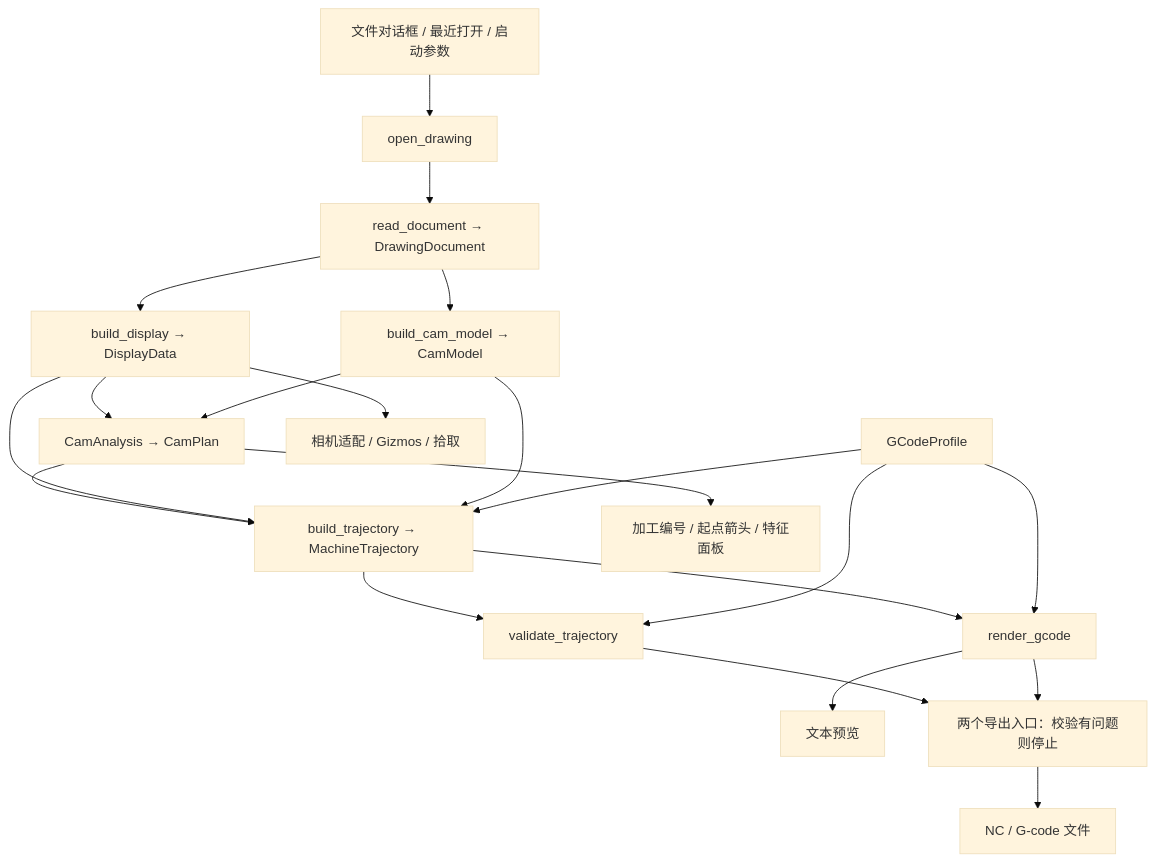
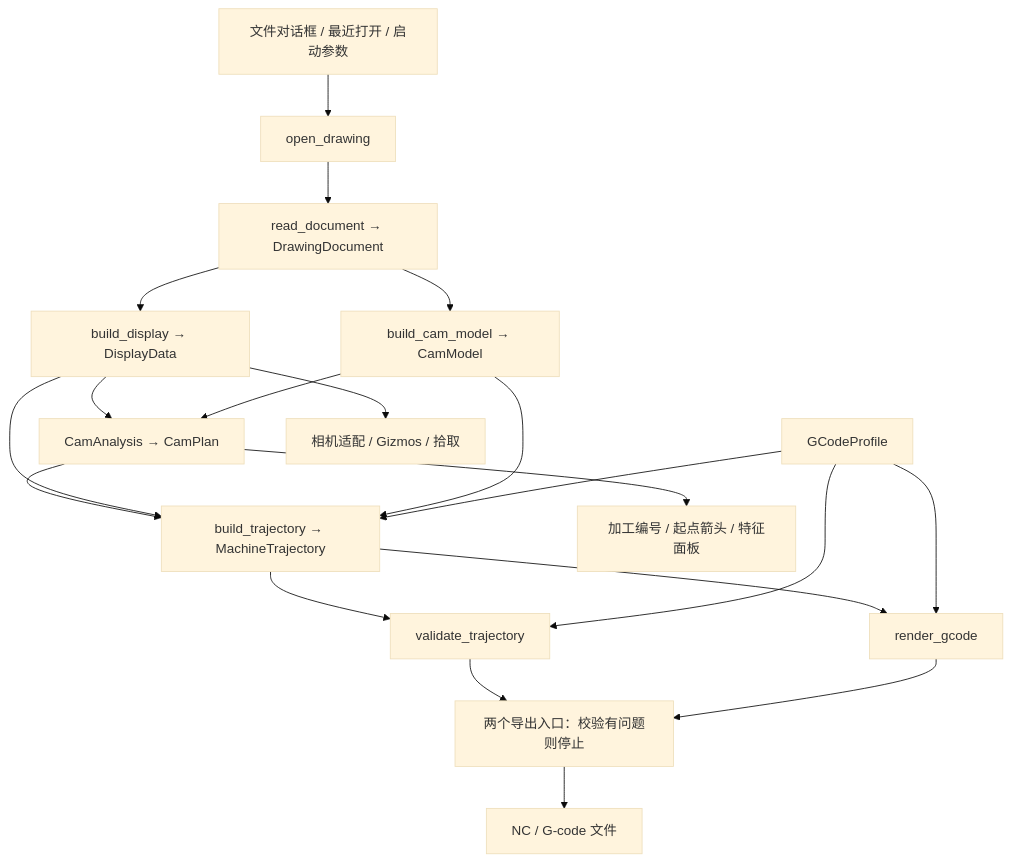
Before and after one commit to ZeroCopy-Labs/CADCAM-Rust: the diagram in docs/架构.md, drawn with Mermaid (base theme). The commit also changed other lines of this file and 8 other files, not shown here.

````diff
--- a/docs/架构.md
+++ b/docs/架构.md
@@ -29,23 +29,22 @@
 ```mermaid
 flowchart TD
     A[文件对话框 / 最近打开 / 启动参数] --> B[open_drawing]
     B --> C[read_document → DrawingDocument]
     C --> D[build_display → DisplayData]
     C --> E[build_cam_model → CamModel]
     D --> F[CamAnalysis → CamPlan]
     E --> F
     F --> G[build_trajectory → MachineTrajectory]
     D --> G
     E --> G
     P[GCodeProfile] --> G
     G --> H[validate_trajectory]
     G --> I[render_gcode]
     P --> H
     P --> I
-    I --> J[文本预览]
     H --> K[两个导出入口：校验有问题则停止]
     I --> K
     K --> L[NC / G-code 文件]
     D --> M[相机适配 / Gizmos / 拾取]
     F --> N[加工编号 / 起点箭头 / 特征面板]
 ```
````
